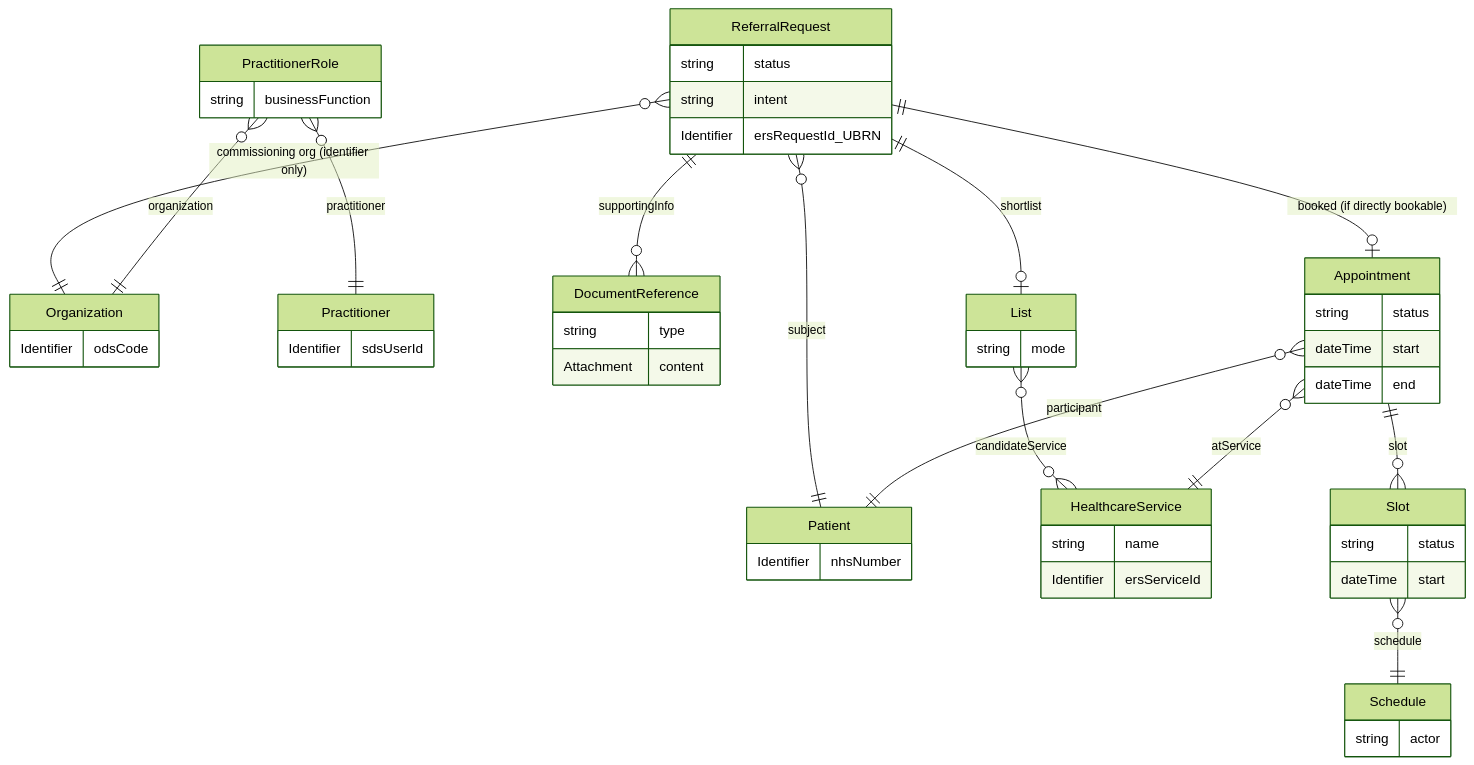
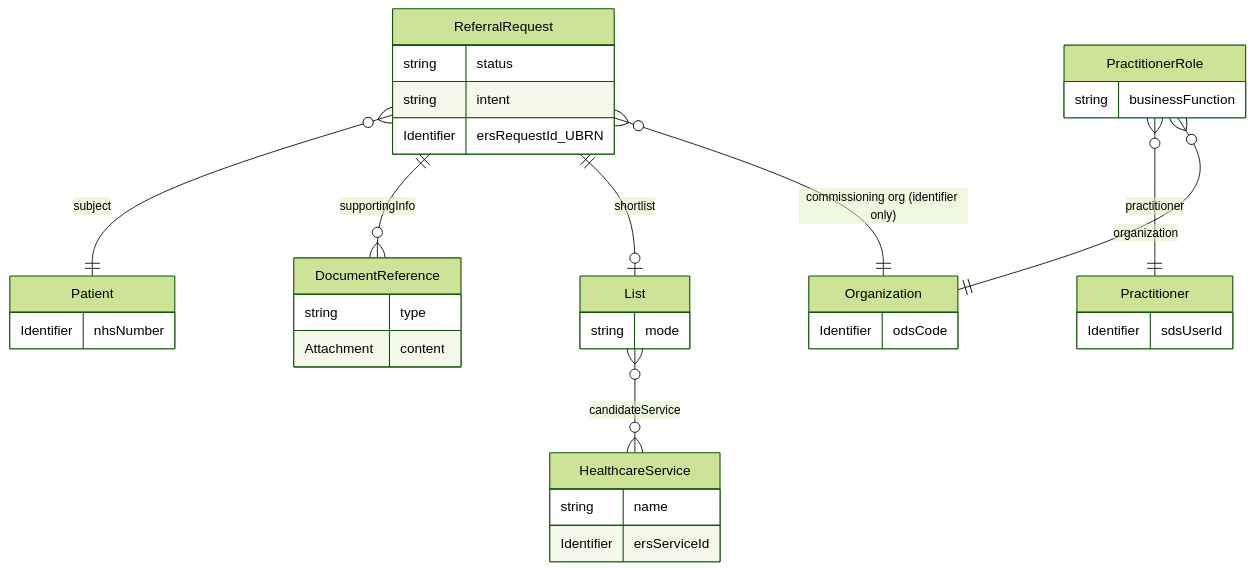
Before and after one commit to nw-gmsa/nw-gmsa.github.com: the fifth of 5 diagrams in input/pagecontent/GeneticReferrals.md, drawn with Mermaid (forest theme). The commit also changed other lines of this file, not shown here.

First line of the commit message:
Add Target Referral Model erDiagram for the REF_I12/FHIR mapping table

````diff
--- a/input/pagecontent/GeneticReferrals.md
+++ b/input/pagecontent/GeneticReferrals.md
@@ -228,56 +339,40 @@
 ```mermaid
 erDiagram
     ReferralRequest {
         string status
         string intent
         Identifier ersRequestId_UBRN
     }
     Patient {
         Identifier nhsNumber
     }
     Organization {
         Identifier odsCode
     }
     PractitionerRole {
         string businessFunction
     }
     Practitioner {
         Identifier sdsUserId
     }
     DocumentReference {
         string type
         Attachment content
     }
     List {
         string mode
     }
     HealthcareService {
         string name
         Identifier ersServiceId
     }
-    Appointment {
-        string status
-        dateTime start
-        dateTime end
-    }
-    Slot {
-        string status
-        dateTime start
-    }
-    Schedule {
-        string actor
-    }
+    
 
     ReferralRequest }o--|| Patient : subject
     ReferralRequest ||--o{ DocumentReference : supportingInfo
     ReferralRequest ||--o| List : shortlist
     List }o--o{ HealthcareService : candidateService
     ReferralRequest }o--|| Organization : "commissioning org (identifier only)"
-    ReferralRequest ||--o| Appointment : "booked (if directly bookable)"
-    Appointment ||--o{ Slot : slot
-    Slot }o--|| Schedule : schedule
-    Appointment }o--|| HealthcareService : atService
-    Appointment }o--|| Patient : participant
     PractitionerRole }o--|| Practitioner : practitioner
     PractitionerRole }o--|| Organization : organization
 ```
````
